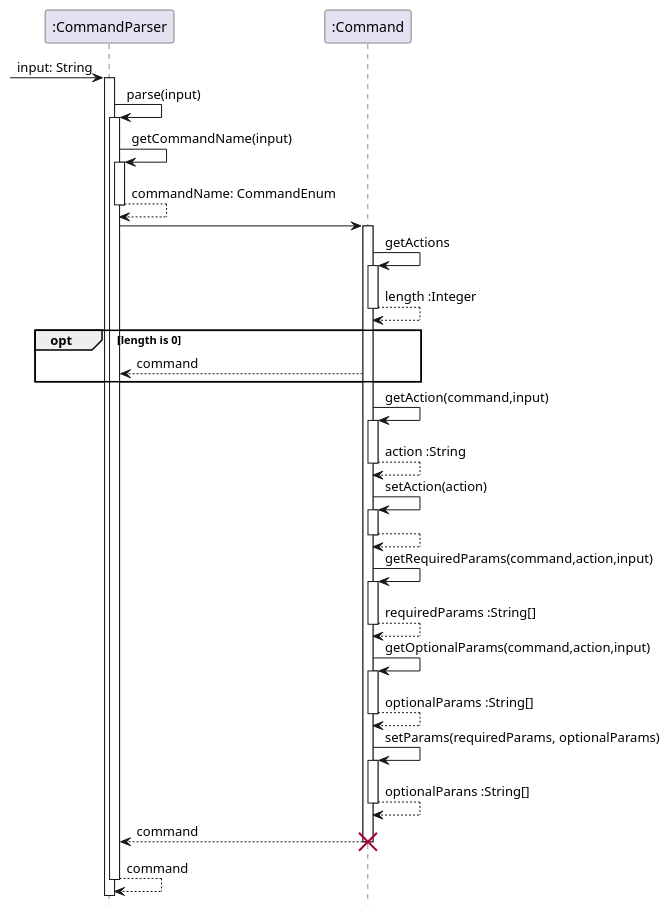
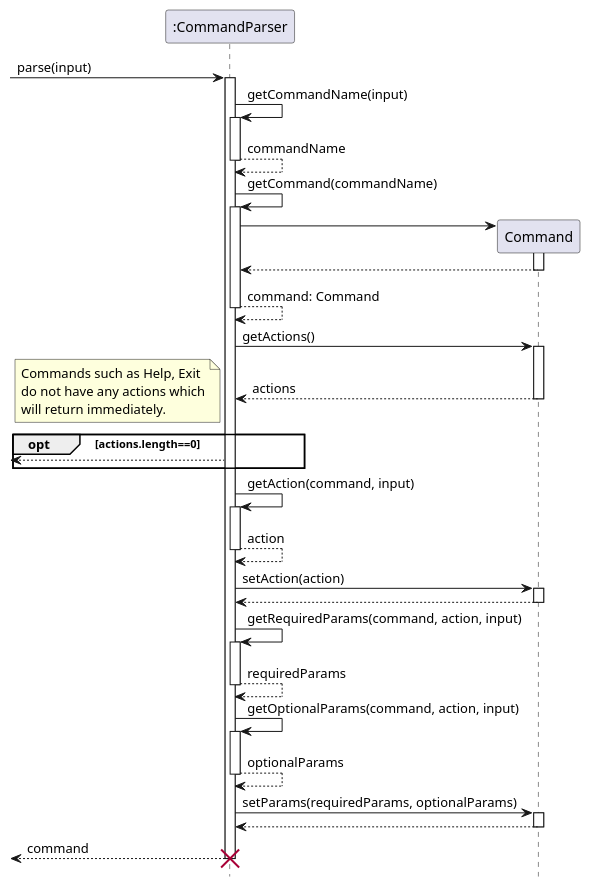
Before and after one commit to stephenkyang/tp: the diagram in docs/diagrams/CommandParserSequence.puml, drawn with PlantUML. The commit also changed 13 other files, not shown here.

Commit message:
Update developer guide and diagrams

```diff
--- a/docs/diagrams/CommandParserSequence.puml
+++ b/docs/diagrams/CommandParserSequence.puml
@@ -1,53 +1,69 @@
 @startuml
+
+participant ":CommandParser"
+participant "Command"
 
 hide footbox
 
+-> ":CommandParser": parse(input)
+activate ":CommandParser"
 
- -> ":CommandParser": input: String
-
-activate ":CommandParser"
-":CommandParser" -> ":CommandParser": parse(input)
-activate  ":CommandParser"
 ":CommandParser" -> ":CommandParser": getCommandName(input)
 activate ":CommandParser"
-return commandName: CommandEnum
+return commandName
 
-":CommandParser" -> ":Command"
-activate ":Command"
+' getCommand() START
+":CommandParser" -> ":CommandParser": getCommand(commandName)
+activate ":CommandParser"
 
-":Command" -> ":Command": getActions
-activate ":Command"
-return length :Integer
+":CommandParser" -> Command **
+activate Command
+Command --> ":CommandParser"
+deactivate Command
+return command: Command
+' getCommand() END
 
-opt length is 0
-    ":Command" --> ":CommandParser": command
+' getActions() START
+":CommandParser" -> "Command": getActions()
+activate Command
+Command --> ":CommandParser": actions
+deactivate Command
+
+opt actions.length==0
+    note left
+    Commands such as Help, Exit
+    do not have any actions which
+    will return immediately.
+    end note
+    <-- ":CommandParser"
 end
 
-":Command" -> ":Command": getAction(command,input)
-activate ":Command"
-return action :String
+' getActions() END
 
-":Command" -> ":Command": setAction(action)
-activate ":Command"
+":CommandParser" -> ":CommandParser": getAction(command, input)
+activate ":CommandParser"
+return action
+
+":CommandParser" -> "Command": setAction(action)
+activate "Command"
 return
 
-":Command" -> ":Command": getRequiredParams(command,action,input)
-activate ":Command"
-return requiredParams :String[]
+' getRequiredParams() START
+":CommandParser" -> ":CommandParser": getRequiredParams(command, action, input)
+activate ":CommandParser"
+return requiredParams
+' getRequiredParams() END
 
-":Command" -> ":Command": getOptionalParams(command,action,input)
-activate ":Command"
-return optionalParams :String[]
+' getOptionalParams() START
+":CommandParser" -> ":CommandParser": getOptionalParams(command, action, input)
+activate ":CommandParser"
+return optionalParams
+' getOptionalParams() END
 
-":Command" -> ":Command": setParams(requiredParams, optionalParams)
-activate ":Command"
-return optionalParans :String[]
+":CommandParser" -> "Command": setParams(requiredParams, optionalParams)
+activate "Command"
+return
 
-return command
-destroy ":Command"
-return command
-deactivate ":Command"
-
-
+<-- ":CommandParser" !! : command
 
 @enduml
```
